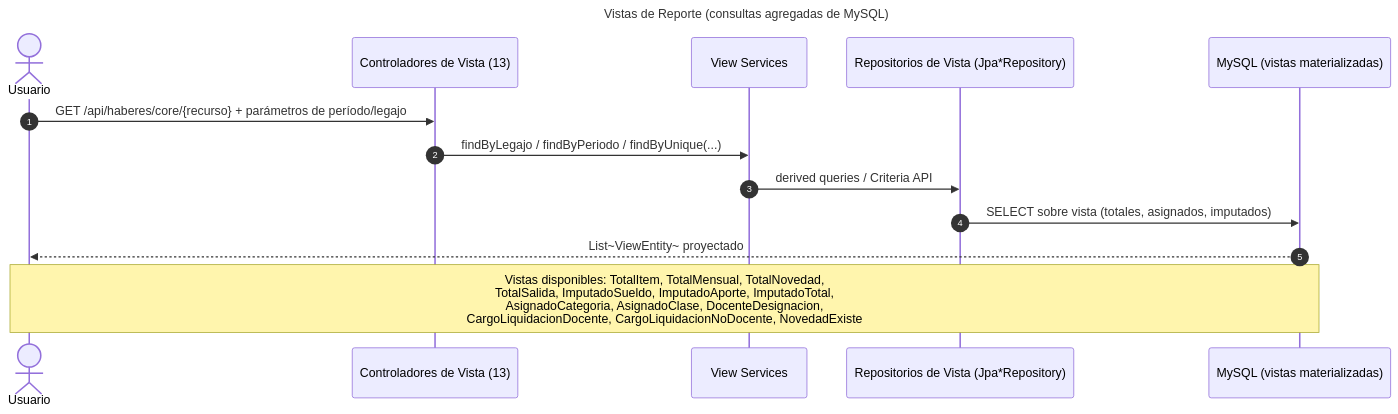
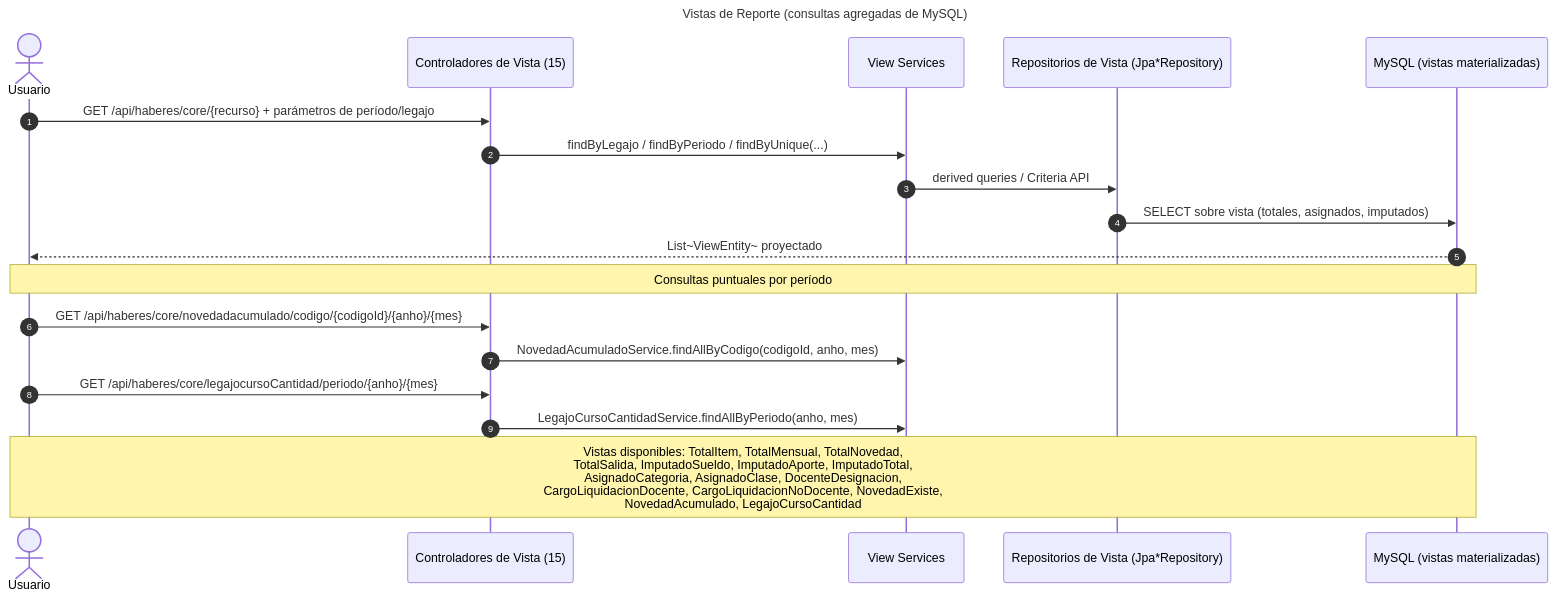
The diagram in docs/diagrams/flujo-vistas-reporte.mmd (UM-services/UM.haberes.core-service), drawn with Mermaid before and after one commit. The commit also changed 9 other files, not shown here.

First line of the commit message:
docs(diagrams): agrega flujo de bono masivo

```diff
--- a/docs/diagrams/flujo-vistas-reporte.mmd
+++ b/docs/diagrams/flujo-vistas-reporte.mmd
@@ -1,18 +1,25 @@
 ---
 title: "Vistas de Reporte (consultas agregadas de MySQL)"
 ---
 sequenceDiagram
     autonumber
     actor Usuario
-    participant Ctrl as Controladores de Vista (13)
+    participant Ctrl as Controladores de Vista (15)
     participant Svc as View Services
     participant Repo as Repositorios de Vista (Jpa*Repository)
     participant DB as MySQL (vistas materializadas)
 
     Usuario->>Ctrl: GET /api/haberes/core/{recurso} + parámetros de período/legajo
     Ctrl->>Svc: findByLegajo / findByPeriodo / findByUnique(...)
     Svc->>Repo: derived queries / Criteria API
     Repo->>DB: SELECT sobre vista (totales, asignados, imputados)
     DB-->>Usuario: List~ViewEntity~ proyectado
 
-    Note over Usuario,DB: Vistas disponibles: TotalItem, TotalMensual, TotalNovedad,<br/>TotalSalida, ImputadoSueldo, ImputadoAporte, ImputadoTotal,<br/>AsignadoCategoria, AsignadoClase, DocenteDesignacion,<br/>CargoLiquidacionDocente, CargoLiquidacionNoDocente, NovedadExiste
+    Note over Usuario,DB: Consultas puntuales por período
+
+    Usuario->>Ctrl: GET /api/haberes/core/novedadacumulado/codigo/{codigoId}/{anho}/{mes}
+    Ctrl->>Svc: NovedadAcumuladoService.findAllByCodigo(codigoId, anho, mes)
+    Usuario->>Ctrl: GET /api/haberes/core/legajocursoCantidad/periodo/{anho}/{mes}
+    Ctrl->>Svc: LegajoCursoCantidadService.findAllByPeriodo(anho, mes)
+
+    Note over Usuario,DB: Vistas disponibles: TotalItem, TotalMensual, TotalNovedad,<br/>TotalSalida, ImputadoSueldo, ImputadoAporte, ImputadoTotal,<br/>AsignadoCategoria, AsignadoClase, DocenteDesignacion,<br/>CargoLiquidacionDocente, CargoLiquidacionNoDocente, NovedadExiste,<br/>NovedadAcumulado, LegajoCursoCantidad
```
